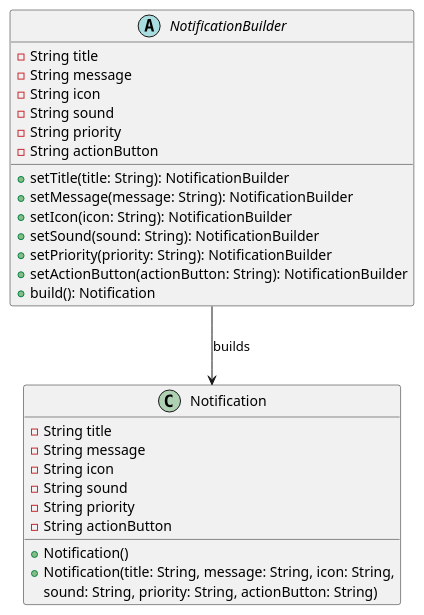
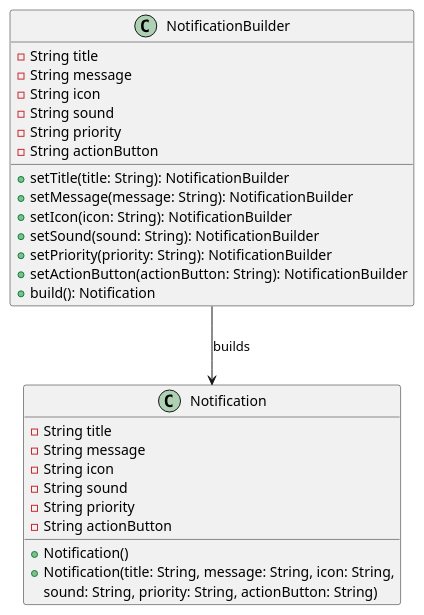
The diagram in Exercises/src/ontap/builder_notification/diagram.puml (hgun-nugye/SOFTWARE_ARCHITECTURE_AND_DESIGN), drawn with PlantUML before and after one commit. The commit also changed 2 other files, not shown here.

```diff
--- a/Exercises/src/ontap/builder_notification/diagram.puml
+++ b/Exercises/src/ontap/builder_notification/diagram.puml
@@ -1,34 +1,34 @@
 @startuml
-abstract class NotificationBuilder{
+class NotificationBuilder{
     - String title
     - String message
     - String icon
     - String sound
     - String priority
     - String actionButton
 
     + setTitle(title: String): NotificationBuilder
     + setMessage(message: String): NotificationBuilder
     + setIcon(icon: String): NotificationBuilder
     + setSound(sound: String): NotificationBuilder
     + setPriority(priority: String): NotificationBuilder
     + setActionButton(actionButton: String): NotificationBuilder
     + build(): Notification
 }
 
 class Notification{
        - String title
        - String message
        - String icon
        - String sound
        - String priority
        - String actionButton
 
     + Notification()
     + Notification(title: String, message: String, icon: String,
                     sound: String, priority: String, actionButton: String)
 }
 
 NotificationBuilder --> Notification : builds
 
 @enduml
```
